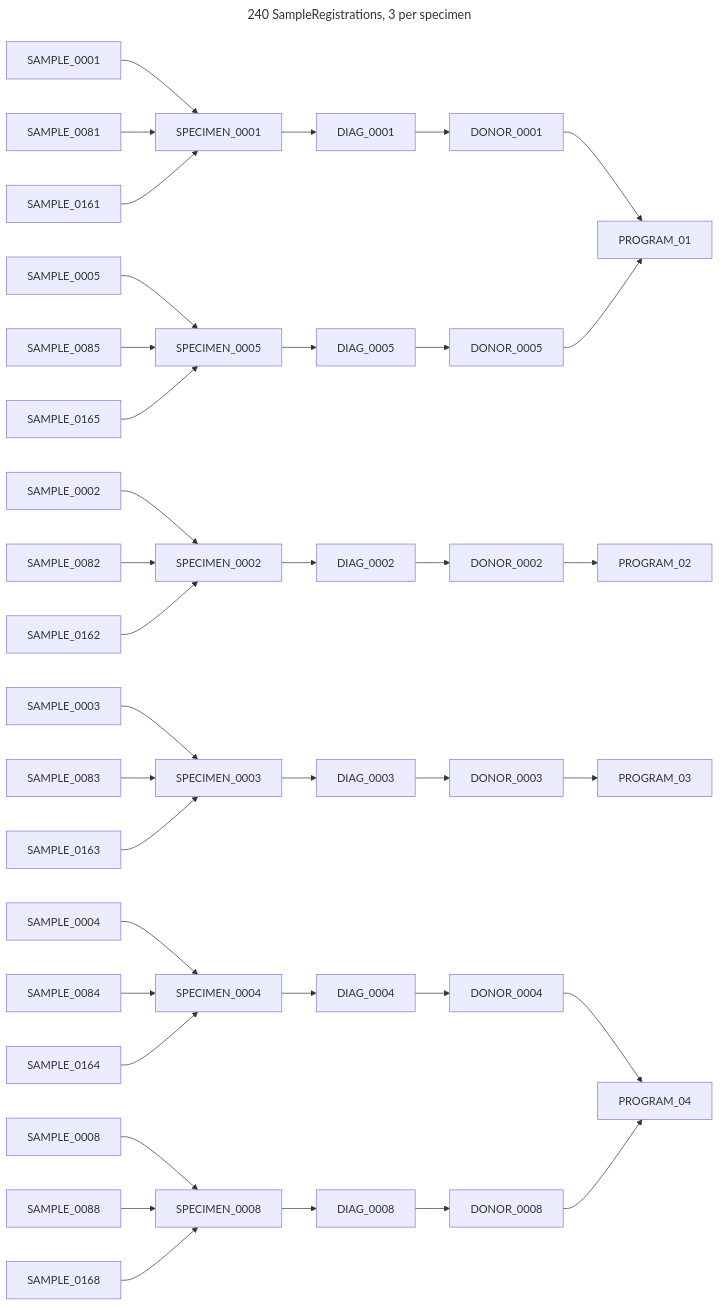
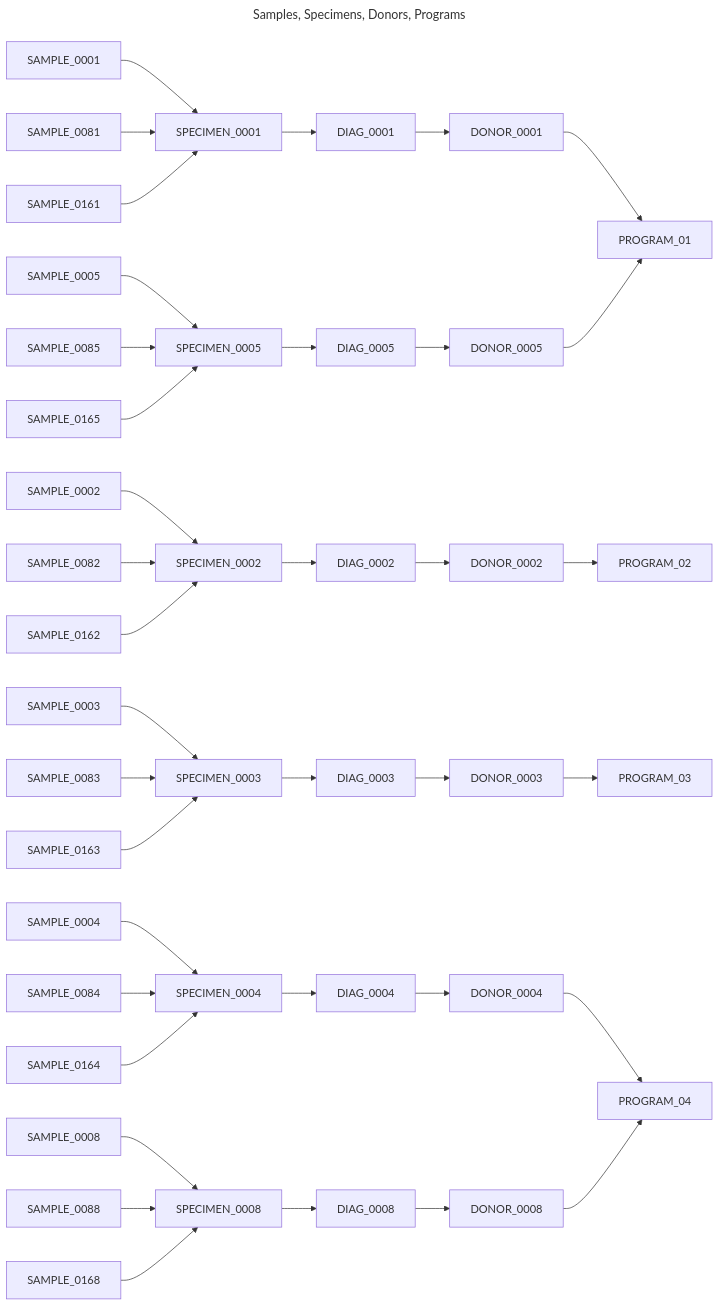
One commit to CanDIG/katsu changed the first of 4 diagrams in chord_metadata_service/mohpackets/data/small_dataset/README.md. Above: the diagram before and after it, drawn with Mermaid. The commit also changed other lines of this file, not shown here.

Commit message:
reduce graphs

````diff
--- a/chord_metadata_service/mohpackets/data/small_dataset/README.md
+++ b/chord_metadata_service/mohpackets/data/small_dataset/README.md
@@ -70,30 +21,30 @@
 ```mermaid
 ---
-title: 240 SampleRegistrations, 3 per specimen
+title: Samples, Specimens, Donors, Programs
 ---
 graph LR;  
   SPECIMEN_0001 --> DIAG_0001 --> DONOR_0001 --> PROGRAM_01;  
   SPECIMEN_0005 --> DIAG_0005 --> DONOR_0005 --> PROGRAM_01;  
   SPECIMEN_0002 --> DIAG_0002 --> DONOR_0002 --> PROGRAM_02;  
   SPECIMEN_0003 --> DIAG_0003 --> DONOR_0003 --> PROGRAM_03;  
   SPECIMEN_0004 --> DIAG_0004 --> DONOR_0004 --> PROGRAM_04;
   SPECIMEN_0008 --> DIAG_0008 --> DONOR_0008 --> PROGRAM_04;
   SAMPLE_0001--> SPECIMEN_0001; 
   SAMPLE_0081--> SPECIMEN_0001;  
   SAMPLE_0161--> SPECIMEN_0001;  
   SAMPLE_0005--> SPECIMEN_0005;  
   SAMPLE_0085--> SPECIMEN_0005;  
   SAMPLE_0165--> SPECIMEN_0005;  
   SAMPLE_0002--> SPECIMEN_0002;  
   SAMPLE_0082--> SPECIMEN_0002;  
   SAMPLE_0162--> SPECIMEN_0002;  
   SAMPLE_0003--> SPECIMEN_0003;  
   SAMPLE_0083--> SPECIMEN_0003;  
   SAMPLE_0163--> SPECIMEN_0003;  
   SAMPLE_0004--> SPECIMEN_0004;
   SAMPLE_0084--> SPECIMEN_0004;
   SAMPLE_0164--> SPECIMEN_0004;
   SAMPLE_0008--> SPECIMEN_0008;
   SAMPLE_0088--> SPECIMEN_0008;
   SAMPLE_0168--> SPECIMEN_0008;
 ```
````
